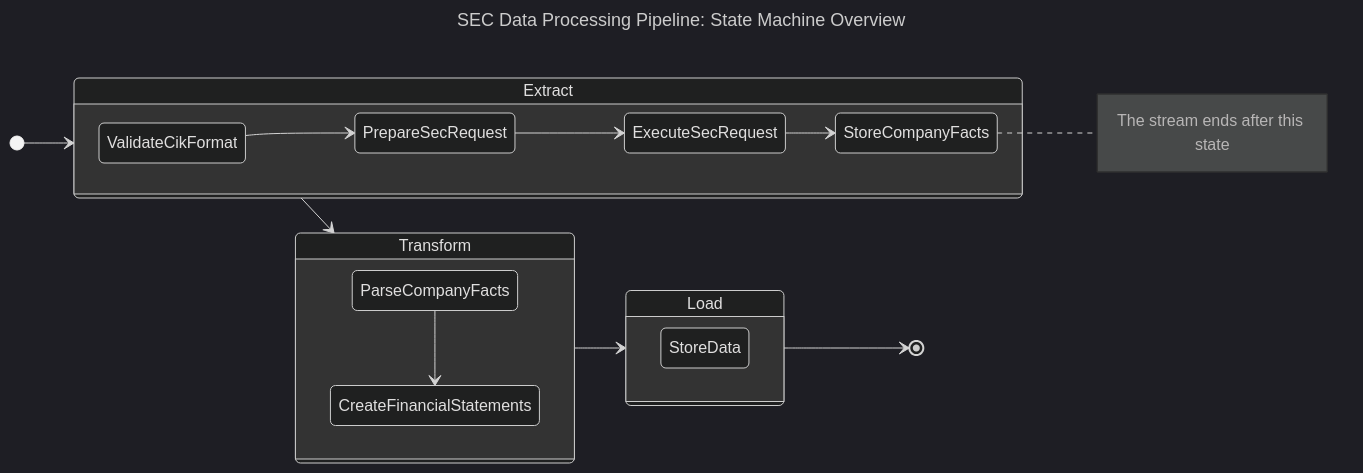
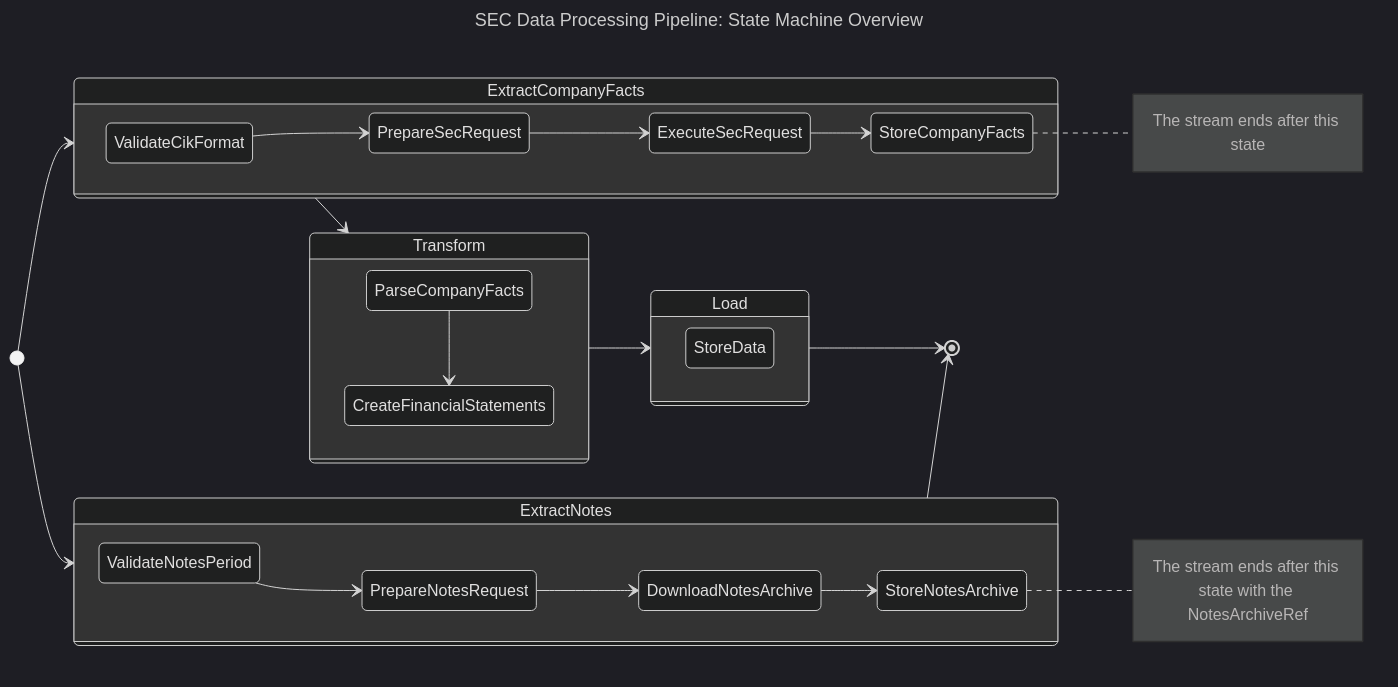
Before and after one commit to ironcapitaleu/arkad: the diagram in sec/design/state_diagram/sec_state_machine.md, drawn with Mermaid (dark theme). The commit also changed 26 other files, not shown here.

First line of the commit message:
feat(sec): add ExtractNotesSuperState (#282)

````diff
--- a/sec/design/state_diagram/sec_state_machine.md
+++ b/sec/design/state_diagram/sec_state_machine.md
@@ -1,33 +1,44 @@
 ```mermaid
 ---
 title: "SEC Data Processing Pipeline: State Machine Overview"
 ---
 stateDiagram-v2
     %% Align all the SuperStates from left-to-right
     direction LR
 
-    %% `Extract` SuperState
-    [*] --> Extract
-    state Extract {
+    %% `ExtractCompanyFacts` SuperState
+    [*] --> ExtractCompanyFacts
+    state ExtractCompanyFacts {
         ValidateCikFormat --> PrepareSecRequest
         PrepareSecRequest --> ExecuteSecRequest
         ExecuteSecRequest --> StoreCompanyFacts
         note right of StoreCompanyFacts : The stream ends after this state
     }
 
-    Extract --> Transform
+    ExtractCompanyFacts --> Transform
+
+    %% `ExtractNotes` SuperState, one per Notes file
+    [*] --> ExtractNotes
+    state ExtractNotes {
+        ValidateNotesPeriod --> PrepareNotesRequest
+        PrepareNotesRequest --> DownloadNotesArchive
+        DownloadNotesArchive --> StoreNotesArchive
+        note right of StoreNotesArchive : The stream ends after this state with the NotesArchiveRef
+    }
+
+    ExtractNotes --> [*]
 
     %% `Transform` SuperState
     state Transform {
         ParseCompanyFacts --> CreateFinancialStatements
     }
 
     Transform --> Load
 
     %% `Load` SuperState
     state Load {
         StoreData
     }
 
     Load --> [*]
 ```
````
